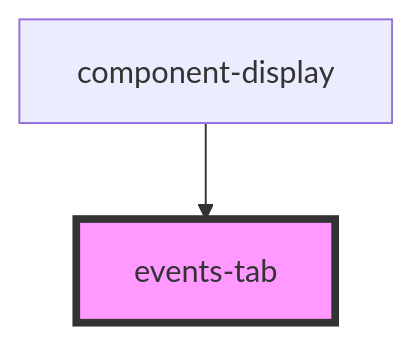
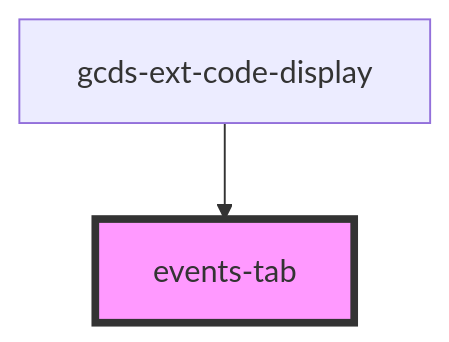
Before and after one commit to gcds-extensions/code-display: the diagram in src/components/events-tab/readme.md, drawn with Mermaid. The commit also changed other lines of this file and 13 other files, not shown here.

Commit message:
feat: Change name to gcds-ext-code-display

````diff
--- a/src/components/events-tab/readme.md
+++ b/src/components/events-tab/readme.md
@@ -22,5 +22,5 @@
 ```mermaid
 graph TD;
-  component-display --> events-tab
+  gcds-ext-code-display --> events-tab
   style events-tab fill:#f9f,stroke:#333,stroke-width:4px
 ```
````
